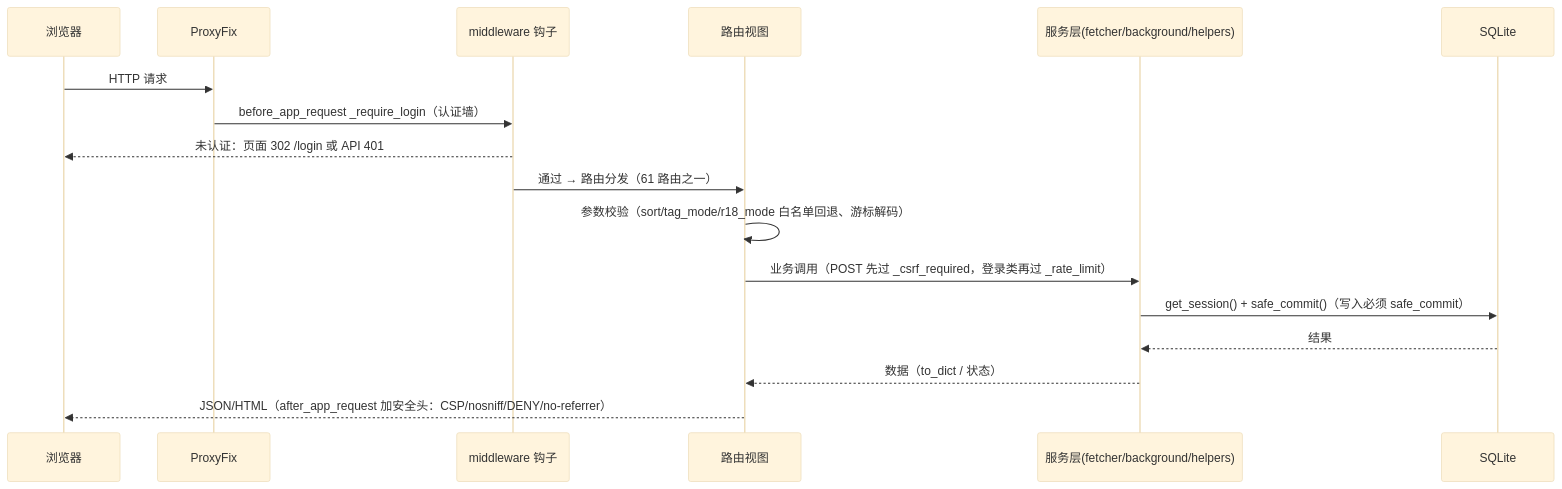
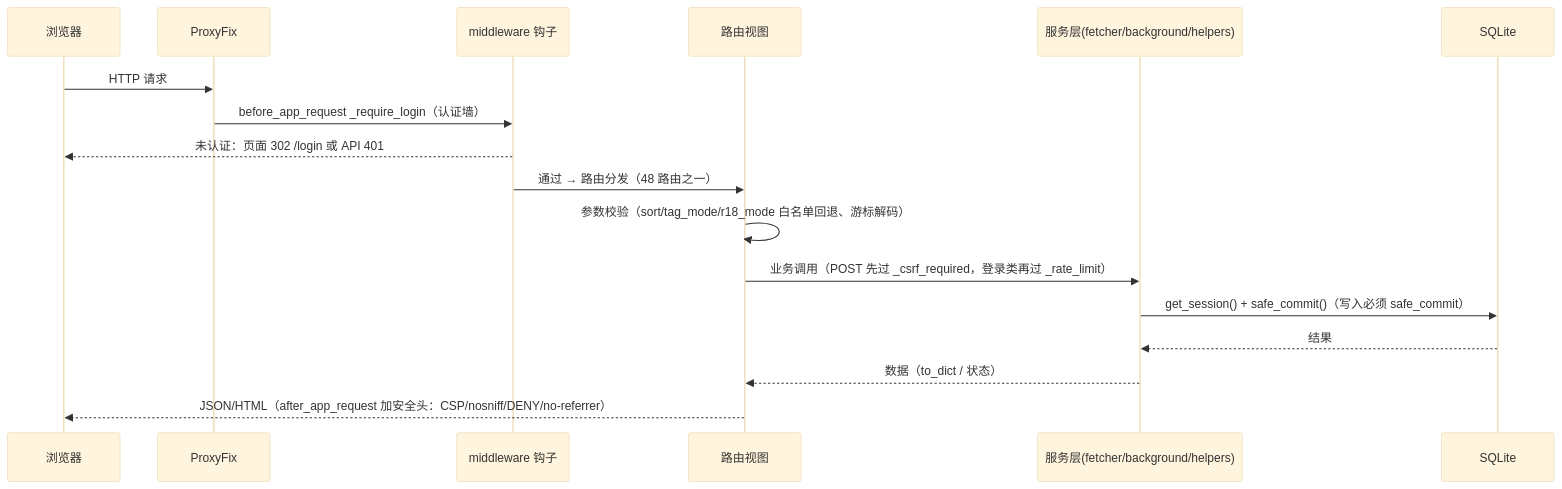
One commit to feng-y-u/PpPpP changed the fourth of 10 diagrams in docs/technical-documentation.md. Above: the diagram before and after it, drawn with Mermaid (base theme). The commit also changed other lines of this file and 4 other files, not shown here.

````diff
--- a/docs/technical-documentation.md
+++ b/docs/technical-documentation.md
@@ -275,19 +272,19 @@
 ```mermaid
 sequenceDiagram
     participant U as 浏览器
     participant P as ProxyFix
     participant MW as middleware 钩子
     participant RT as 路由视图
     participant SV as 服务层(fetcher/background/helpers)
     participant DB as SQLite
     U->>P: HTTP 请求
     P->>MW: before_app_request _require_login（认证墙）
     MW-->>U: 未认证：页面 302 /login 或 API 401
-    MW->>RT: 通过 → 路由分发（61 路由之一）
+    MW->>RT: 通过 → 路由分发（48 路由之一）
     RT->>RT: 参数校验（sort/tag_mode/r18_mode 白名单回退、游标解码）
     RT->>SV: 业务调用（POST 先过 _csrf_required，登录类再过 _rate_limit）
     SV->>DB: get_session() + safe_commit()（写入必须 safe_commit）
     DB-->>SV: 结果
     SV-->>RT: 数据（to_dict / 状态）
     RT-->>U: JSON/HTML（after_app_request 加安全头：CSP/nosniff/DENY/no-referrer）
 ```
````
